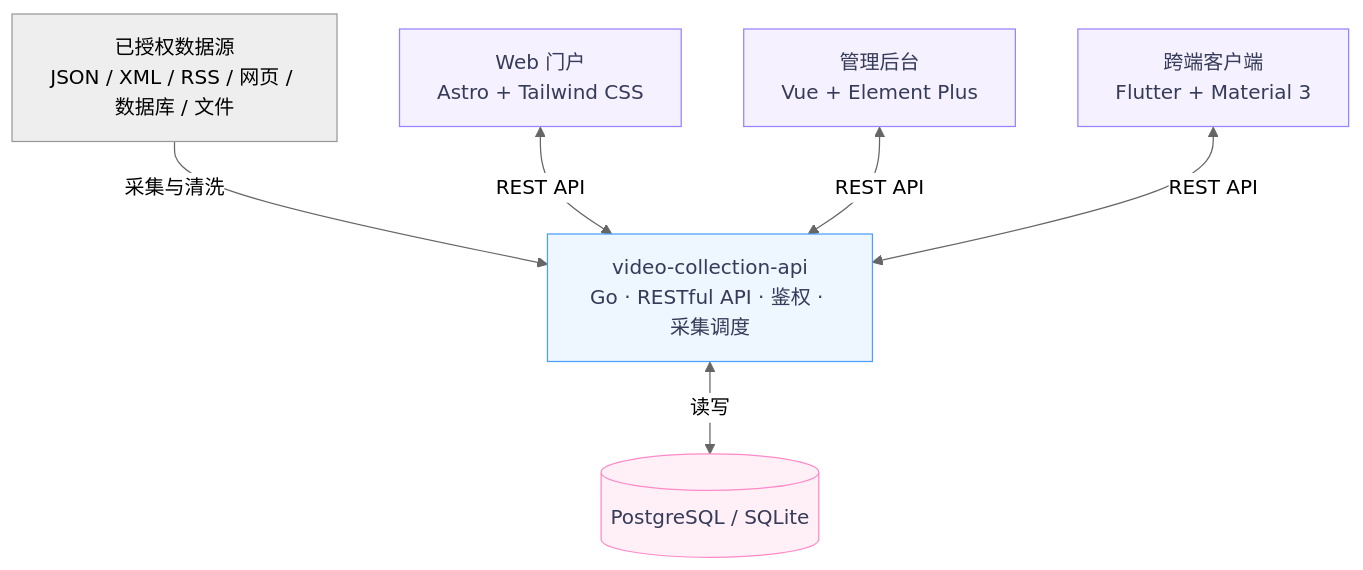
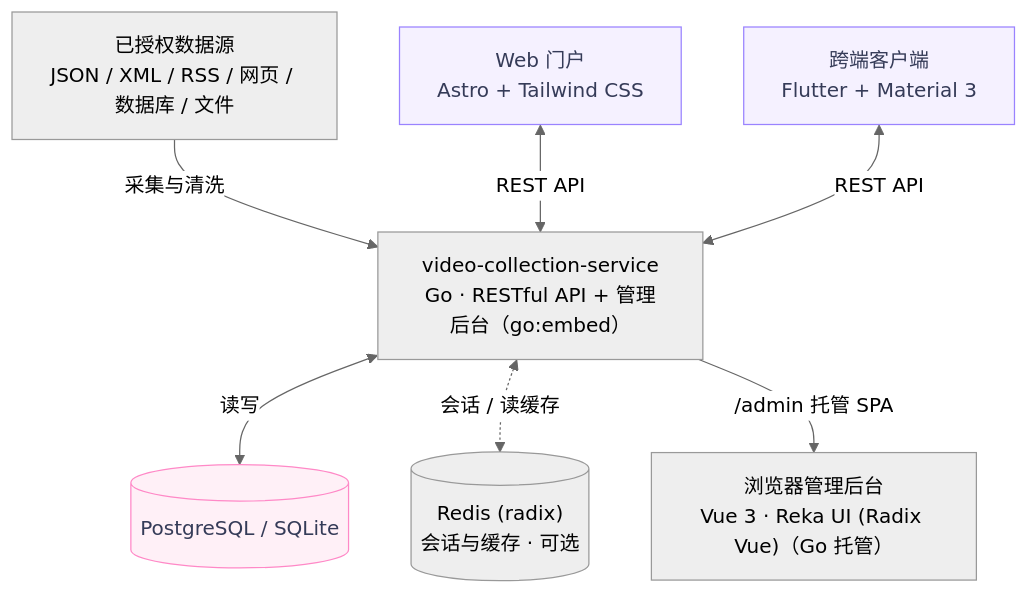
Before and after one commit to plunjoin/video-collection: the diagram in README.md, drawn with Mermaid (neutral theme). The commit also changed other lines of this file, not shown here.

````diff
--- a/README.md
+++ b/README.md
@@ -52,22 +52,24 @@
 ```mermaid
 flowchart TB
     sources["已授权数据源<br/>JSON / XML / RSS / 网页 / 数据库 / 文件"]
-    api["video-collection-api<br/>Go · RESTful API · 鉴权 · 采集调度"]
+    service["video-collection-service<br/>Go · RESTful API + 管理后台（go:embed）"]
     db[("PostgreSQL / SQLite")]
+    redis[("Redis (radix)<br/>会话与缓存 · 可选")]
     web["Web 门户<br/>Astro + Tailwind CSS"]
-    admin["管理后台<br/>Vue + Element Plus"]
     app["跨端客户端<br/>Flutter + Material 3"]
+    adminClient["浏览器管理后台<br/>Vue 3 · Reka UI (Radix Vue)（Go 托管）"]
 
-    sources -->|采集与清洗| api
-    api <-->|读写| db
-    web <-->|REST API| api
-    admin <-->|REST API| api
-    app <-->|REST API| api
+    sources -->|采集与清洗| service
+    service <-->|读写| db
+    service <-.->|会话 / 读缓存| redis
+    web <-->|REST API| service
+    service -->|/admin 托管 SPA| adminClient
+    app <-->|REST API| service
 
     classDef service fill:#eef6ff,stroke:#4b9fff,color:#353b58
     classDef client fill:#f5f1ff,stroke:#9a83ff,color:#353b58
     classDef storage fill:#fff0f7,stroke:#ff89c7,color:#353b58
     class api service
     class web,admin,app client
     class db storage
 ```
````
